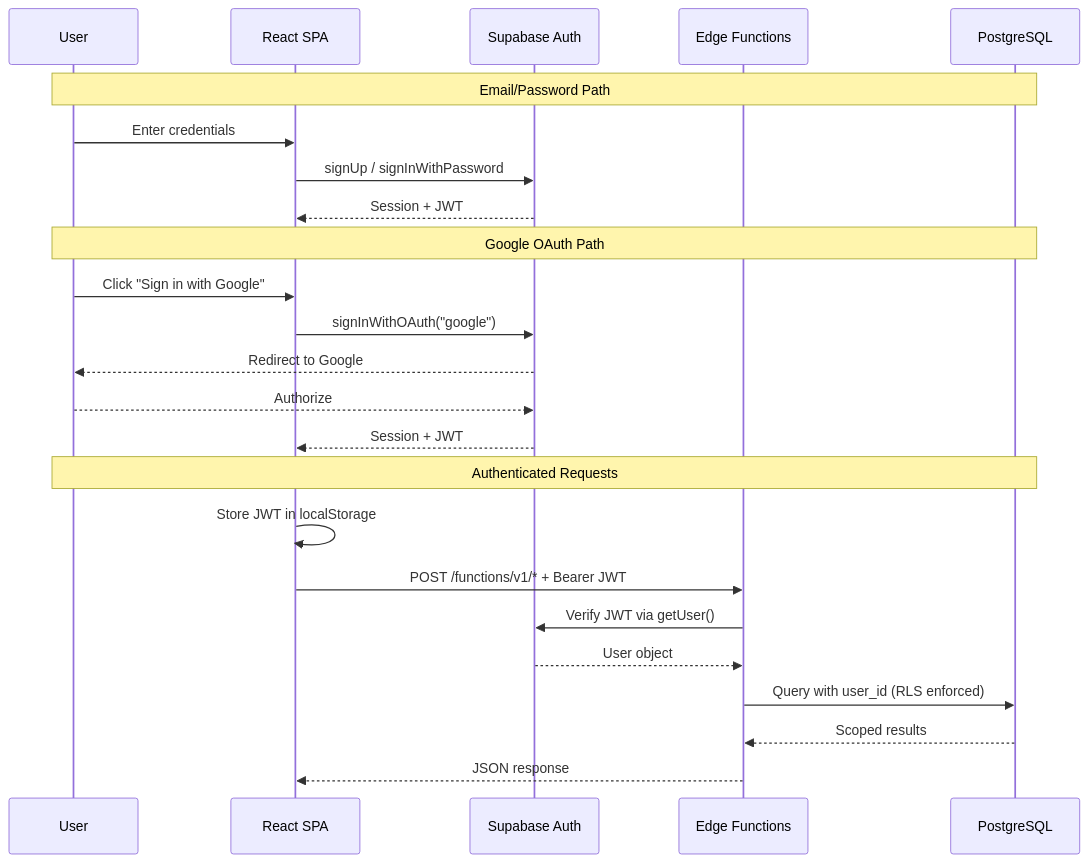
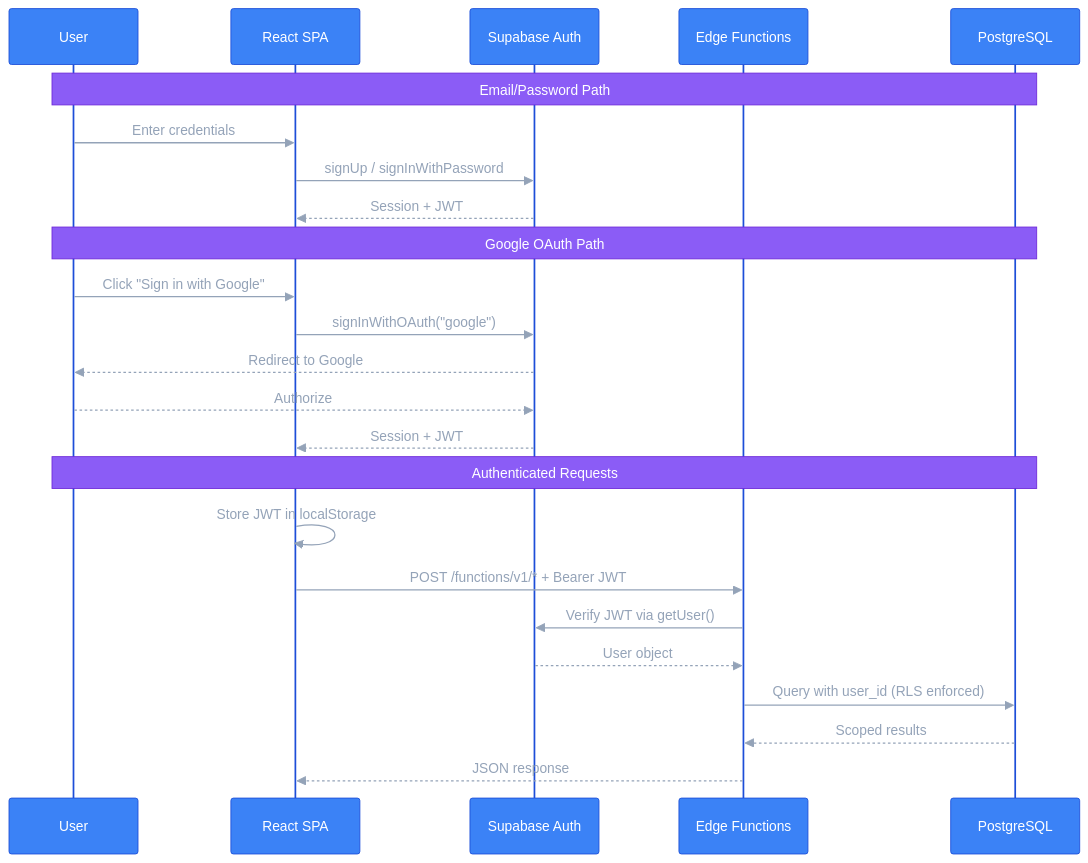
One commit to Adamya-Varshney/Xcurson-AI-Travel-Planner changed the sixth of 9 diagrams in README.md. Above: the diagram before and after it, drawn with Mermaid. The commit also changed other lines of this file, not shown here.

First line of the commit message:
Style README diagrams with bright color-coded theme

````diff
--- a/README.md
+++ b/README.md
@@ -521,29 +568,30 @@
 ```mermaid
+%%{init: {'theme': 'base', 'themeVariables': {'actorBkg': '#3B82F6', 'actorBorder': '#1D4ED8', 'actorTextColor': '#FFFFFF', 'signalColor': '#94A3B8', 'signalTextColor': '#94A3B8', 'noteBkgColor': '#8B5CF6', 'noteTextColor': '#FFFFFF', 'noteBorderColor': '#6D28D9', 'activationBkgColor': '#10B981', 'activationBorderColor': '#047857', 'labelBoxBkgColor': '#1E293B', 'labelBoxBorderColor': '#475569', 'labelTextColor': '#E2E8F0', 'loopTextColor': '#E2E8F0', 'background': 'transparent'}}}%%
 sequenceDiagram
     participant U as User
     participant SPA as React SPA
     participant SA as Supabase Auth
     participant EF as Edge Functions
     participant DB as PostgreSQL
 
     Note over U,DB: Email/Password Path
     U->>SPA: Enter credentials
     SPA->>SA: signUp / signInWithPassword
     SA-->>SPA: Session + JWT
 
     Note over U,DB: Google OAuth Path
     U->>SPA: Click "Sign in with Google"
     SPA->>SA: signInWithOAuth("google")
     SA-->>U: Redirect to Google
     U-->>SA: Authorize
     SA-->>SPA: Session + JWT
 
     Note over U,DB: Authenticated Requests
     SPA->>SPA: Store JWT in localStorage
     SPA->>EF: POST /functions/v1/* + Bearer JWT
     EF->>SA: Verify JWT via getUser()
     SA-->>EF: User object
     EF->>DB: Query with user_id (RLS enforced)
     DB-->>EF: Scoped results
     EF-->>SPA: JSON response
 ```
````
